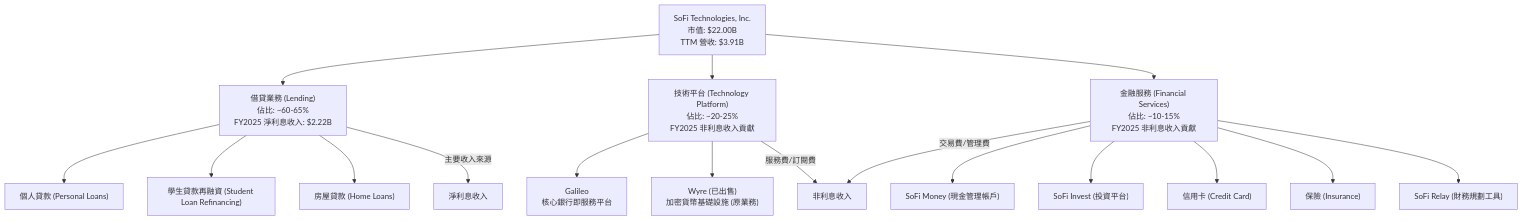
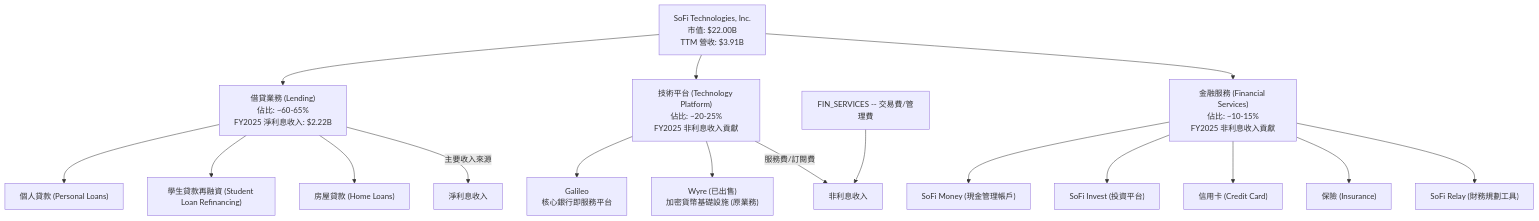
Before and after one commit to yennanliu/finance_data: the second of 7 diagrams in ai_gen_report/stock/sofi/fundamental_analysis_2026-06-04_gemini.md, drawn with Mermaid. The commit also changed 2258 other files, not shown here.

First line of the commit message:
chore: backfill Mermaid syntax repair across existing reports

````diff
--- a/ai_gen_report/stock/sofi/fundamental_analysis_2026-06-04_gemini.md
+++ b/ai_gen_report/stock/sofi/fundamental_analysis_2026-06-04_gemini.md
@@ -141,29 +141,29 @@
 ```mermaid
 graph TD
     SOFI_OVERVIEW["SoFi Technologies, Inc.<br/>市值: $22.00B<br/>TTM 營收: $3.91B"]
 
     LENDING["借貸業務 (Lending)<br/>佔比: ~60-65%<br/>FY2025 淨利息收入: $2.22B"]
     TECH_PLATFORM["技術平台 (Technology Platform)<br/>佔比: ~20-25%<br/>FY2025 非利息收入貢獻"]
     FIN_SERVICES["金融服務 (Financial Services)<br/>佔比: ~10-15%<br/>FY2025 非利息收入貢獻"]
 
     SOFI_OVERVIEW --> LENDING
     SOFI_OVERVIEW --> TECH_PLATFORM
     SOFI_OVERVIEW --> FIN_SERVICES
 
     LENDING --> PL["個人貸款 (Personal Loans)"]
     LENDING --> SL["學生貸款再融資 (Student Loan Refinancing)"]
     LENDING --> HL["房屋貸款 (Home Loans)"]
 
     TECH_PLATFORM --> GALILEO["Galileo<br/>核心銀行即服務平台"]
     TECH_PLATFORM --> WYRE["Wyre (已出售)<br/>加密貨幣基礎設施 (原業務)"]
 
     FIN_SERVICES --> CASH["SoFi Money (現金管理帳戶)"]
     FIN_SERVICES --> INVEST["SoFi Invest (投資平台)"]
     FIN_SERVICES --> CREDIT_CARD["信用卡 (Credit Card)"]
     FIN_SERVICES --> INSURANCE["保險 (Insurance)"]
     FIN_SERVICES --> RELAY["SoFi Relay (財務規劃工具)"]
 
     LENDING -- "主要收入來源" --> NET_INT_INC["淨利息收入"]
     TECH_PLATFORM -- "服務費/訂閱費" --> NON_INT_INC["非利息收入"]
-    FIN_SERVICES -- "交易費/管理費" --> NON_INT_INC
+    nb1["FIN_SERVICES -- "交易費/管理費""] --> NON_INT_INC
 ```
````
